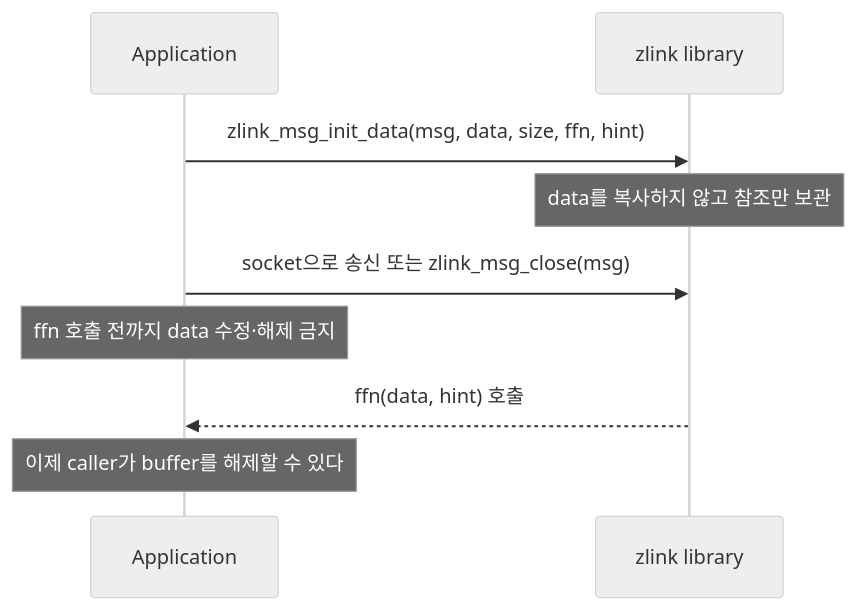
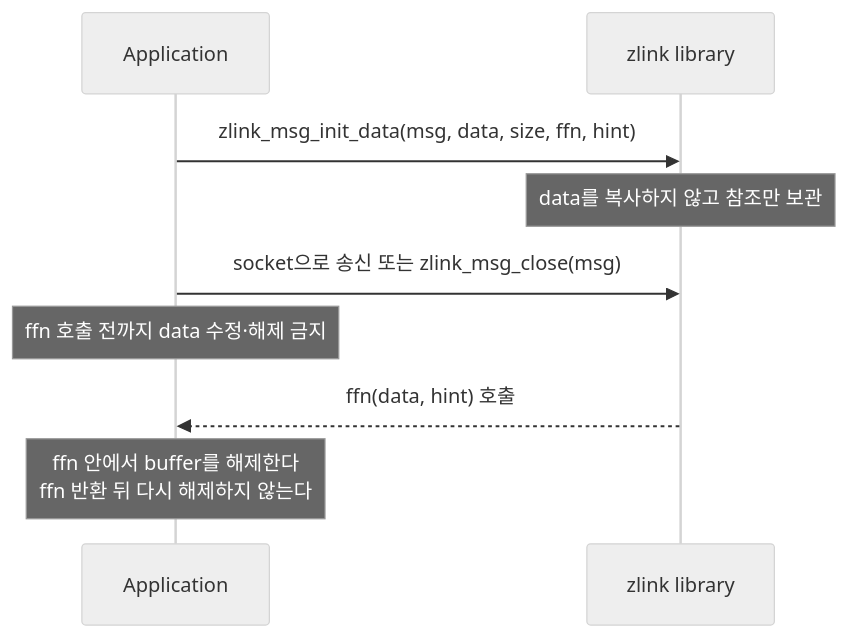
Before and after one commit to zlink-systems/zlink: the diagram in core/doc/spec/core/02-message.ko.md, drawn with Mermaid (neutral theme). The commit also changed other lines of this file and 102 other files, not shown here.

````diff
--- a/core/doc/spec/core/02-message.ko.md
+++ b/core/doc/spec/core/02-message.ko.md
@@ -59,11 +61,11 @@
 ```mermaid
 sequenceDiagram
     participant App as Application
     participant Lib as zlink library
     App->>Lib: zlink_msg_init_data(msg, data, size, ffn, hint)
     Note over Lib: data를 복사하지 않고 참조만 보관
     App->>Lib: socket으로 송신 또는 zlink_msg_close(msg)
     Note over App: ffn 호출 전까지 data 수정·해제 금지
     Lib-->>App: ffn(data, hint) 호출
-    Note over App: 이제 caller가 buffer를 해제할 수 있다
+    Note over App: ffn 안에서 buffer를 해제한다<br/>ffn 반환 뒤 다시 해제하지 않는다
 ```
````
